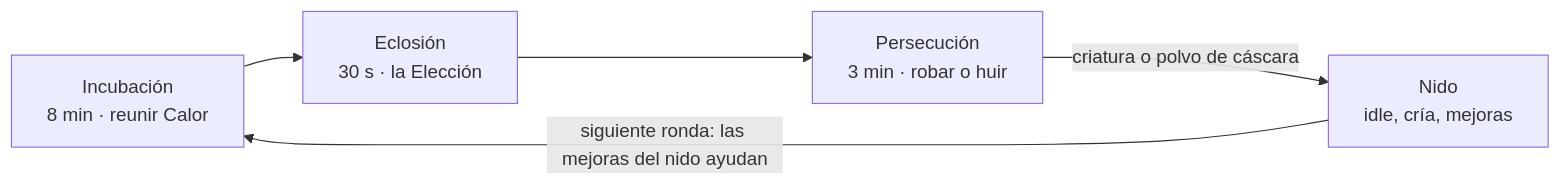
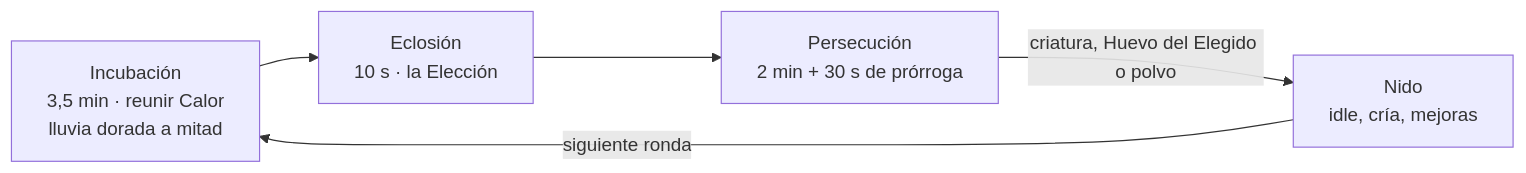
One commit to adrianps2001/IA changed the diagram in docs/GDD.md. Above: the diagram before and after it, drawn with Mermaid. The commit also changed other lines of this file and 7 other files, not shown here.

````diff
--- a/docs/GDD.md
+++ b/docs/GDD.md
@@ -67,7 +89,7 @@
 ```mermaid
 flowchart LR
-  A[Incubación<br/>8 min · reunir Calor] --> B[Eclosión<br/>30 s · la Elección]
-  B --> C[Persecución<br/>3 min · robar o huir]
-  C -->|criatura o polvo de cáscara| D[Nido<br/>idle, cría, mejoras]
-  D -->|siguiente ronda: las mejoras del nido ayudan| A
+  A[Incubación<br/>3,5 min · reunir Calor<br/>lluvia dorada a mitad] --> B[Eclosión<br/>10 s · la Elección]
+  B --> C[Persecución<br/>2 min + 30 s de prórroga]
+  C -->|criatura, Huevo del Elegido o polvo| D[Nido<br/>idle, cría, mejoras]
+  D -->|siguiente ronda| A
 ```
````
